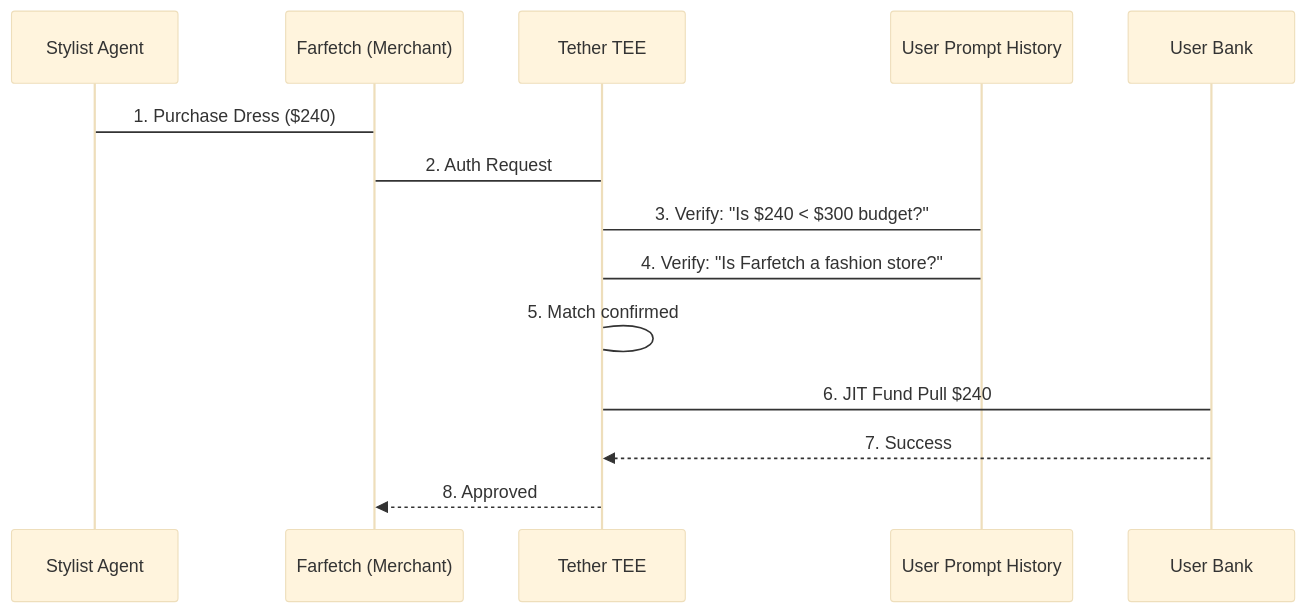
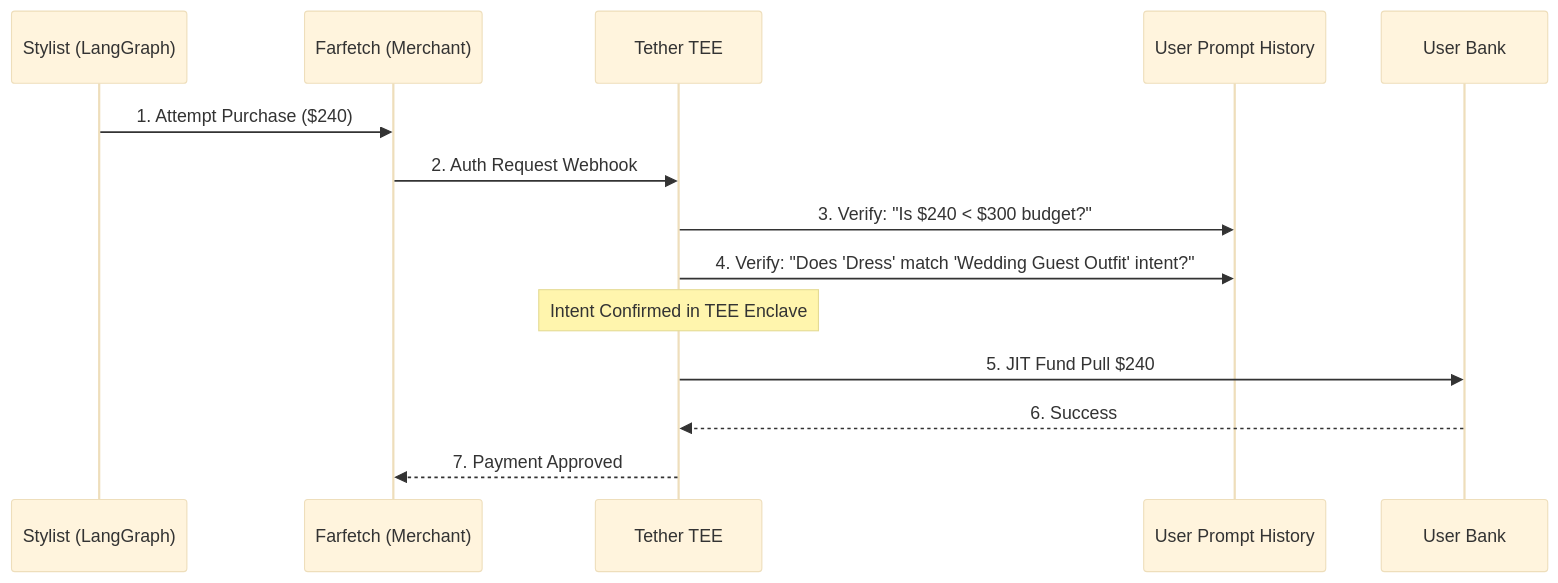
Before and after one commit to jainkunal/docs: the diagram in examples/personal-stylist.mdx, drawn with Mermaid (base theme). The commit also changed other lines of this file and 1 other file, not shown here.

Commit message:
Enhance Personal Stylist example with LangGraph implementation details and verified code

````diff
--- a/examples/personal-stylist.mdx
+++ b/examples/personal-stylist.mdx
@@ -26,17 +64,17 @@
 ```mermaid
 sequenceDiagram
-    participant S as Stylist Agent
+    participant S as Stylist (LangGraph)
     participant F as Farfetch (Merchant)
     participant T as Tether TEE
     participant L as User Prompt History
     participant U as User Bank
 
-    S->F: 1. Purchase Dress ($240)
-    F->T: 2. Auth Request
-    T->L: 3. Verify: "Is $240 < $300 budget?"
-    T->L: 4. Verify: "Is Farfetch a fashion store?"
-    T->T: 5. Match confirmed
-    T->U: 6. JIT Fund Pull $240
-    U-->>T: 7. Success
-    T-->>F: 8. Approved
+    S->>F: 1. Attempt Purchase ($240)
+    F->>T: 2. Auth Request Webhook
+    T->>L: 3. Verify: "Is $240 < $300 budget?"
+    T->>L: 4. Verify: "Does 'Dress' match 'Wedding Guest Outfit' intent?"
+    Note over T: Intent Confirmed in TEE Enclave
+    T->>U: 5. JIT Fund Pull $240
+    U-->>T: 6. Success
+    T-->>F: 7. Payment Approved
 ```
````
